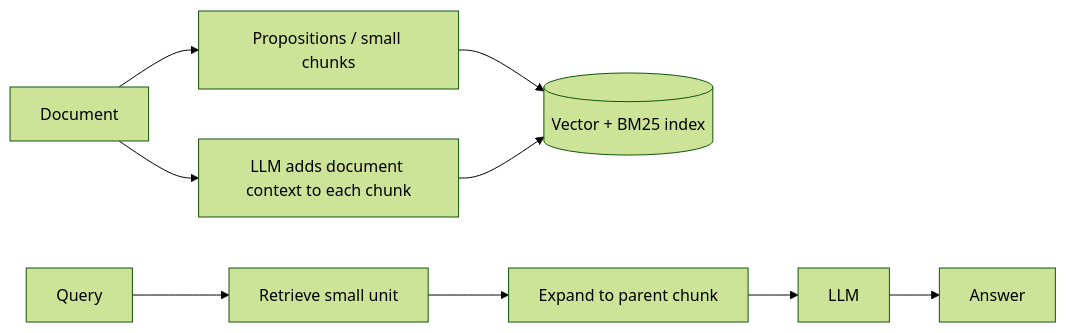
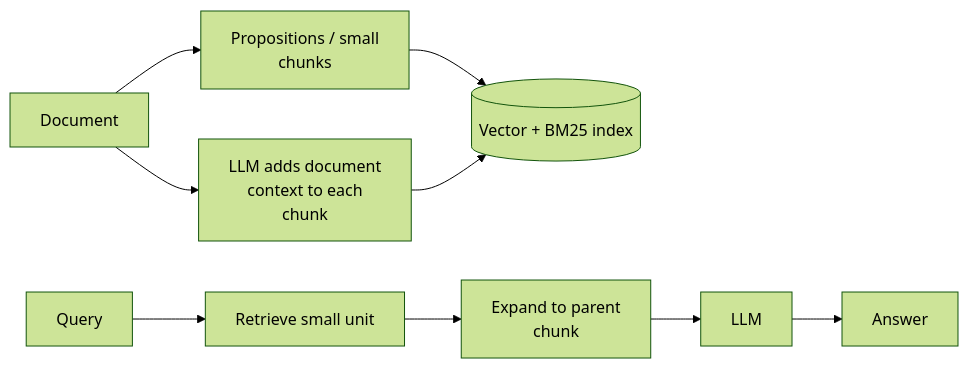
The diagram in 06. Contextual Chunking RAG/README.md (ajay-nikumbh/RAG-From-Basics-to-Production), drawn with Mermaid (forest theme) before and after one commit. The commit also changed other lines of this file and 38 other files, not shown here.

First line of the commit message:
Group root README by pattern, widen tables, wrap diagram labels

````diff
--- a/06. Contextual Chunking RAG/README.md
+++ b/06. Contextual Chunking RAG/README.md
@@ -24,8 +24,8 @@
 ```mermaid
 flowchart LR
-    D[Document] --> P[Propositions / small chunks]
-    D --> CX[LLM adds document context to each chunk]
+    D[Document] --> P[Propositions / small<br/>chunks]
+    D --> CX[LLM adds document<br/>context to each<br/>chunk]
     P --> V[(Vector + BM25 index)]
     CX --> V
-    Q[Query] --> R[Retrieve small unit] --> PR[Expand to parent chunk] --> L[LLM] --> A[Answer]
+    Q[Query] --> R[Retrieve small unit] --> PR[Expand to parent<br/>chunk] --> L[LLM] --> A[Answer]
 ```
````
